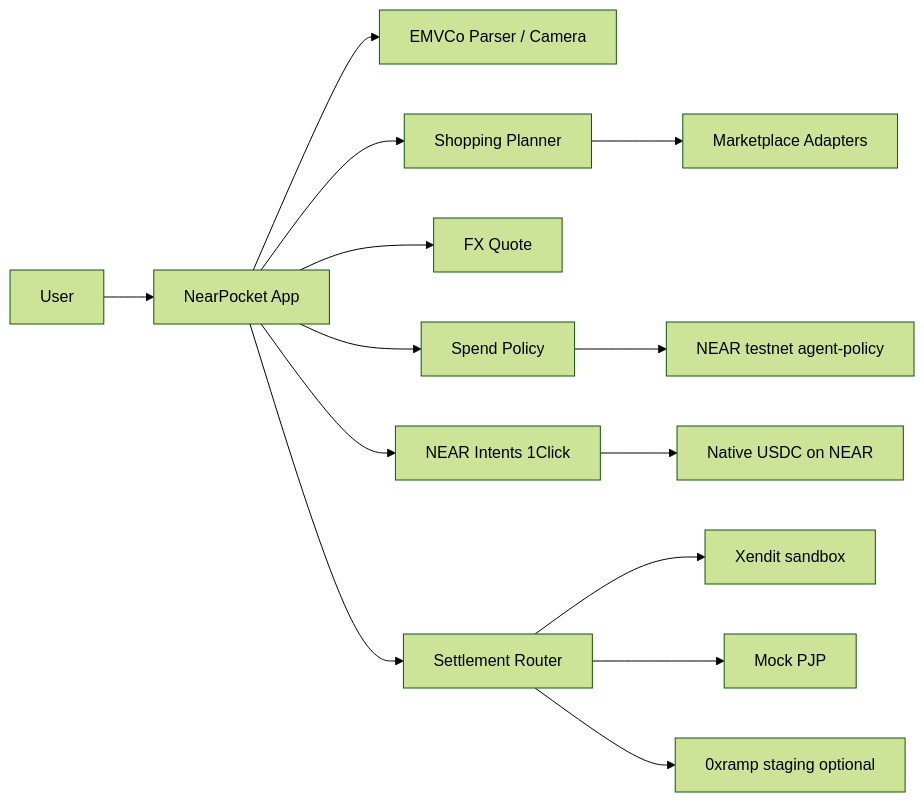
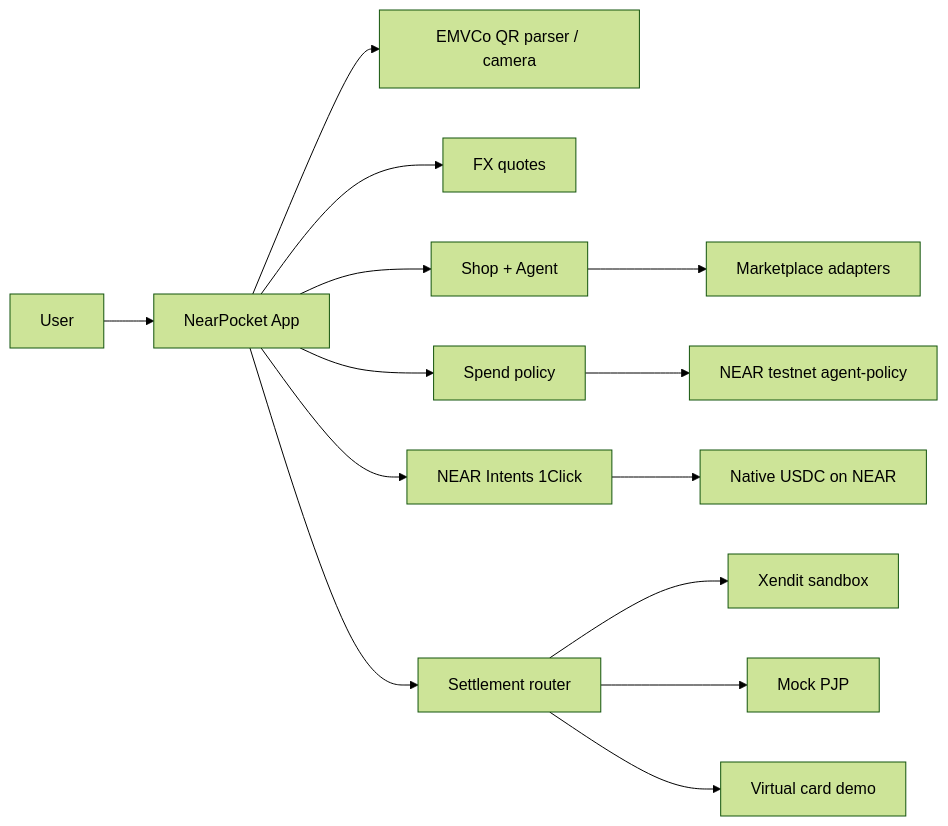
One commit to mozoraID/nearpocket changed the diagram in README.md. Above: the diagram before and after it, drawn with Mermaid (forest theme). The commit also changed other lines of this file and 20 other files, not shown here.

````diff
--- a/README.md
+++ b/README.md
@@ -42,16 +33,16 @@
 ```mermaid
 flowchart LR
   User --> App[NearPocket App]
-  App --> QR[EMVCo Parser / Camera]
-  App --> Plans[Shopping Planner]
-  Plans --> MP[Marketplace Adapters]
-  App --> FX[FX Quote]
-  App --> Policy[Spend Policy]
+  App --> QR[EMVCo QR parser / camera]
+  App --> FX[FX quotes]
+  App --> Shop[Shop + Agent]
+  Shop --> MP[Marketplace adapters]
+  App --> Policy[Spend policy]
   Policy --> Chain[NEAR testnet agent-policy]
   App --> Intents[NEAR Intents 1Click]
   Intents --> USDC[Native USDC on NEAR]
-  App --> Settle[Settlement Router]
+  App --> Settle[Settlement router]
   Settle --> Xendit[Xendit sandbox]
   Settle --> Mock[Mock PJP]
-  Settle --> ZX[0xramp staging optional]
+  Settle --> Card[Virtual card demo]
 ```
````
